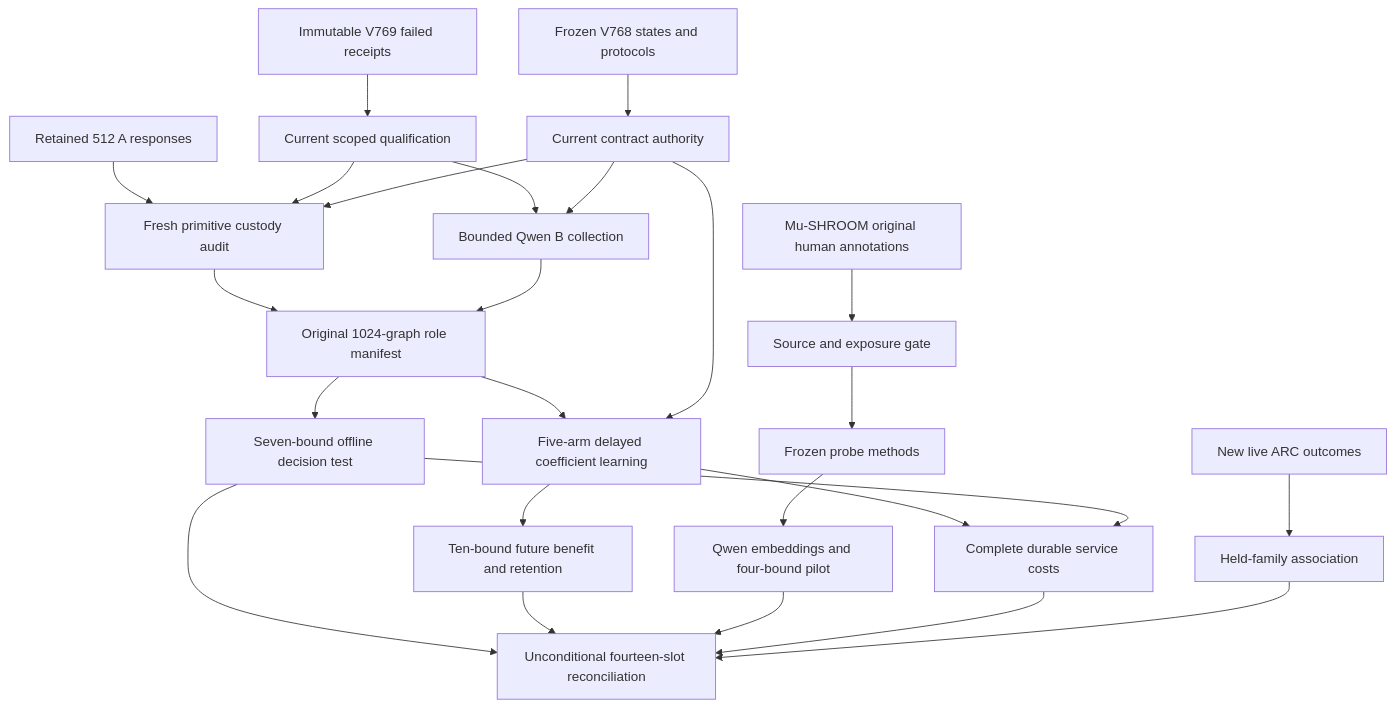
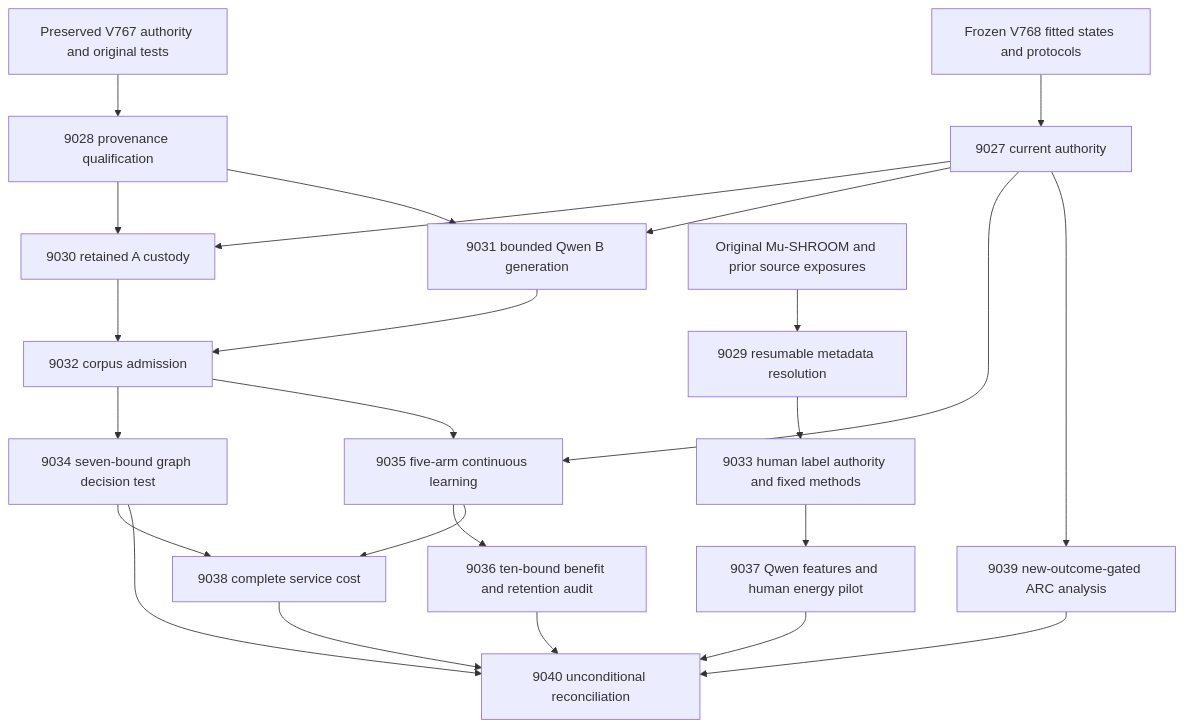
One commit to Carnot-EBM/carnot-ebm changed the first of 2 diagrams in openspec/change-proposals/research-roadmap-vNEXT.md. Above: the diagram before and after it, drawn with Mermaid. The commit also changed other lines of this file and 19 other files, not shown here.

````diff
--- a/openspec/change-proposals/research-roadmap-vNEXT.md
+++ b/openspec/change-proposals/research-roadmap-vNEXT.md
@@ -80,27 +91,26 @@
 ```mermaid
 flowchart TD
-    H[Immutable V769 failed receipts] --> C[Current scoped qualification]
-    V[Frozen V768 states and protocols] --> A[Current contract authority]
-    R[Retained 512 A responses] --> U[Fresh primitive custody audit]
-    C --> U
-    C --> B[Bounded Qwen B collection]
-    A --> U
-    A --> B
-    U --> J[Original 1024-graph role manifest]
+    V[Frozen V768 fitted states and protocols] --> C[9027 current authority]
+    H[Preserved V767 authority and original tests] --> P[9028 provenance qualification]
+    P --> A[9030 retained A custody]
+    P --> B[9031 bounded Qwen B generation]
+    C --> A
+    C --> B
+    A --> J[9032 corpus admission]
     B --> J
-    J --> D[Seven-bound offline decision test]
-    J --> O[Five-arm delayed coefficient learning]
-    A --> O
-    O --> L[Ten-bound future benefit and retention]
-    O --> K[Complete durable service costs]
-    D --> K
-    N[Mu-SHROOM original human annotations] --> S[Source and exposure gate]
-    S --> M[Frozen probe methods]
-    M --> E[Qwen embeddings and four-bound pilot]
-    X[New live ARC outcomes] --> Y[Held-family association]
-    D --> Z[Unconditional fourteen-slot reconciliation]
-    L --> Z
-    E --> Z
+    J --> D[9034 seven-bound graph decision test]
+    J --> O[9035 five-arm continuous learning]
+    C --> O
+    O --> R[9036 ten-bound benefit and retention audit]
+    D --> K[9038 complete service cost]
+    O --> K
+    M[Original Mu-SHROOM and prior source exposures] --> S[9029 resumable metadata resolution]
+    S --> F[9033 human label authority and fixed methods]
+    F --> N[9037 Qwen features and human energy pilot]
+    C --> X[9039 new-outcome-gated ARC analysis]
+    D --> Z[9040 unconditional reconciliation]
+    R --> Z
+    N --> Z
     K --> Z
-    Y --> Z
+    X --> Z
 ```
````
